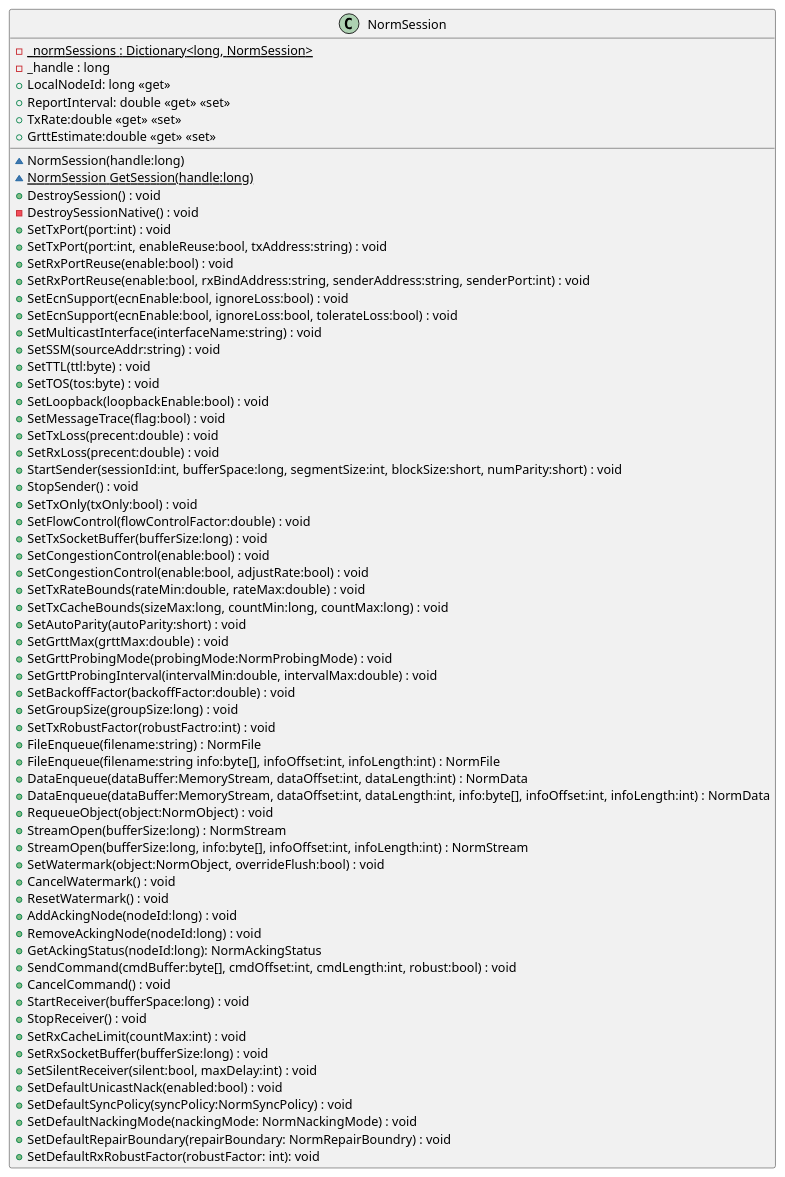
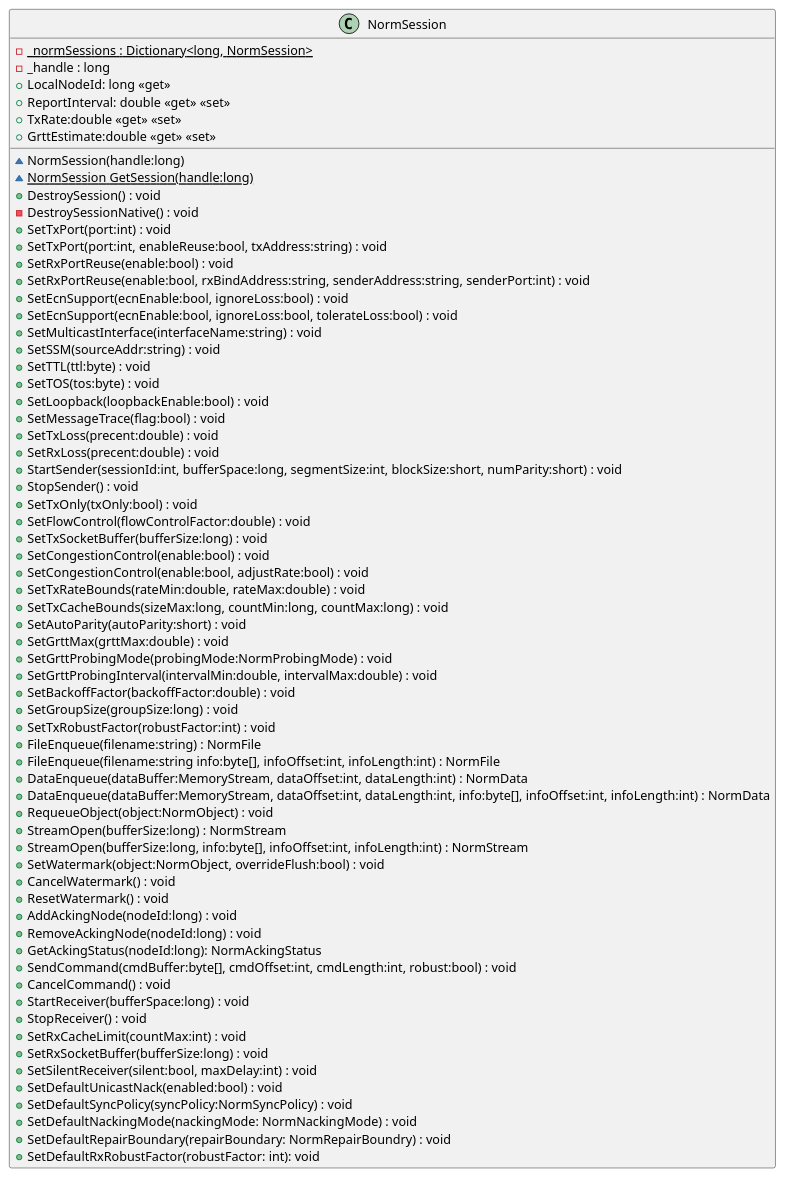
One commit to mullerj/norm changed the diagram in src/dotnet/design/Mil/Navy/Nrl/Norm/NormSession.puml. Above: the diagram before and after it, drawn with PlantUML.

Commit message:
Fix misspelling

```diff
--- a/src/dotnet/design/Mil/Navy/Nrl/Norm/NormSession.puml
+++ b/src/dotnet/design/Mil/Navy/Nrl/Norm/NormSession.puml
@@ -1,69 +1,69 @@
 @startuml
 class NormSession {
     {static} -_normSessions : Dictionary<long, NormSession>
     - _handle : long
     ~ NormSession(handle:long)
     {static} ~ NormSession GetSession(handle:long)
     + DestroySession() : void
     - DestroySessionNative() : void
     + LocalNodeId: long <<get>>
     + SetTxPort(port:int) : void
     + SetTxPort(port:int, enableReuse:bool, txAddress:string) : void
     + SetRxPortReuse(enable:bool) : void
     + SetRxPortReuse(enable:bool, rxBindAddress:string, senderAddress:string, senderPort:int) : void
     + SetEcnSupport(ecnEnable:bool, ignoreLoss:bool) : void
     + SetEcnSupport(ecnEnable:bool, ignoreLoss:bool, tolerateLoss:bool) : void
     + SetMulticastInterface(interfaceName:string) : void
     + SetSSM(sourceAddr:string) : void
     + SetTTL(ttl:byte) : void
     + SetTOS(tos:byte) : void
     + SetLoopback(loopbackEnable:bool) : void
     + SetMessageTrace(flag:bool) : void
     + SetTxLoss(precent:double) : void
     + SetRxLoss(precent:double) : void
     + ReportInterval: double <<get>> <<set>>
     + StartSender(sessionId:int, bufferSpace:long, segmentSize:int, blockSize:short, numParity:short) : void
     + StopSender() : void
     + SetTxOnly(txOnly:bool) : void
     + TxRate:double <<get>> <<set>>
     + SetFlowControl(flowControlFactor:double) : void
     + SetTxSocketBuffer(bufferSize:long) : void
     + SetCongestionControl(enable:bool) : void
     + SetCongestionControl(enable:bool, adjustRate:bool) : void
     + SetTxRateBounds(rateMin:double, rateMax:double) : void
     + SetTxCacheBounds(sizeMax:long, countMin:long, countMax:long) : void
     + SetAutoParity(autoParity:short) : void
     + GrttEstimate:double <<get>> <<set>>
     + SetGrttMax(grttMax:double) : void
     + SetGrttProbingMode(probingMode:NormProbingMode) : void
     + SetGrttProbingInterval(intervalMin:double, intervalMax:double) : void
     + SetBackoffFactor(backoffFactor:double) : void
     + SetGroupSize(groupSize:long) : void
-    + SetTxRobustFactor(robustFactro:int) : void
+    + SetTxRobustFactor(robustFactor:int) : void
     + FileEnqueue(filename:string) : NormFile
     + FileEnqueue(filename:string info:byte[], infoOffset:int, infoLength:int) : NormFile
     + DataEnqueue(dataBuffer:MemoryStream, dataOffset:int, dataLength:int) : NormData
     + DataEnqueue(dataBuffer:MemoryStream, dataOffset:int, dataLength:int, info:byte[], infoOffset:int, infoLength:int) : NormData
     + RequeueObject(object:NormObject) : void
     + StreamOpen(bufferSize:long) : NormStream
     + StreamOpen(bufferSize:long, info:byte[], infoOffset:int, infoLength:int) : NormStream
     + SetWatermark(object:NormObject, overrideFlush:bool) : void
     + CancelWatermark() : void
     + ResetWatermark() : void
     + AddAckingNode(nodeId:long) : void
     + RemoveAckingNode(nodeId:long) : void
     + GetAckingStatus(nodeId:long): NormAckingStatus
     + SendCommand(cmdBuffer:byte[], cmdOffset:int, cmdLength:int, robust:bool) : void
     + CancelCommand() : void
     + StartReceiver(bufferSpace:long) : void
     + StopReceiver() : void
     + SetRxCacheLimit(countMax:int) : void
     + SetRxSocketBuffer(bufferSize:long) : void
     + SetSilentReceiver(silent:bool, maxDelay:int) : void
     + SetDefaultUnicastNack(enabled:bool) : void
     + SetDefaultSyncPolicy(syncPolicy:NormSyncPolicy) : void
     + SetDefaultNackingMode(nackingMode: NormNackingMode) : void
     + SetDefaultRepairBoundary(repairBoundary: NormRepairBoundry) : void
     + SetDefaultRxRobustFactor(robustFactor: int): void
 }
 @enduml
```
